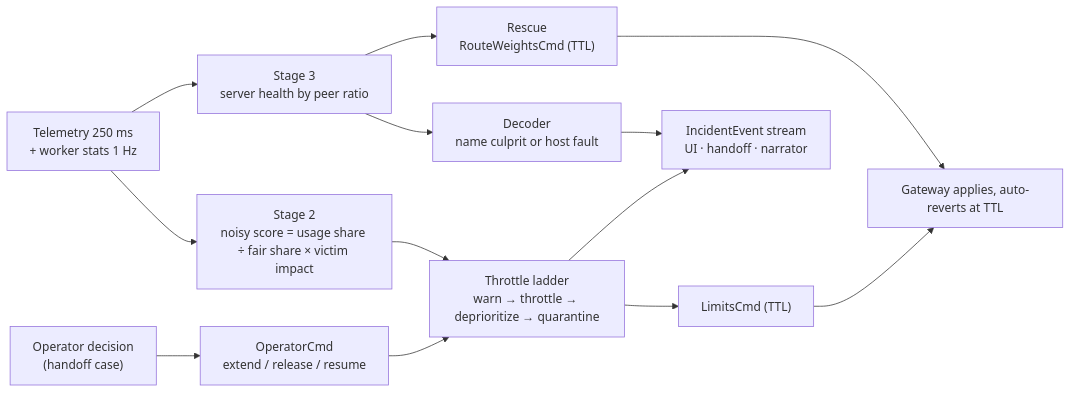
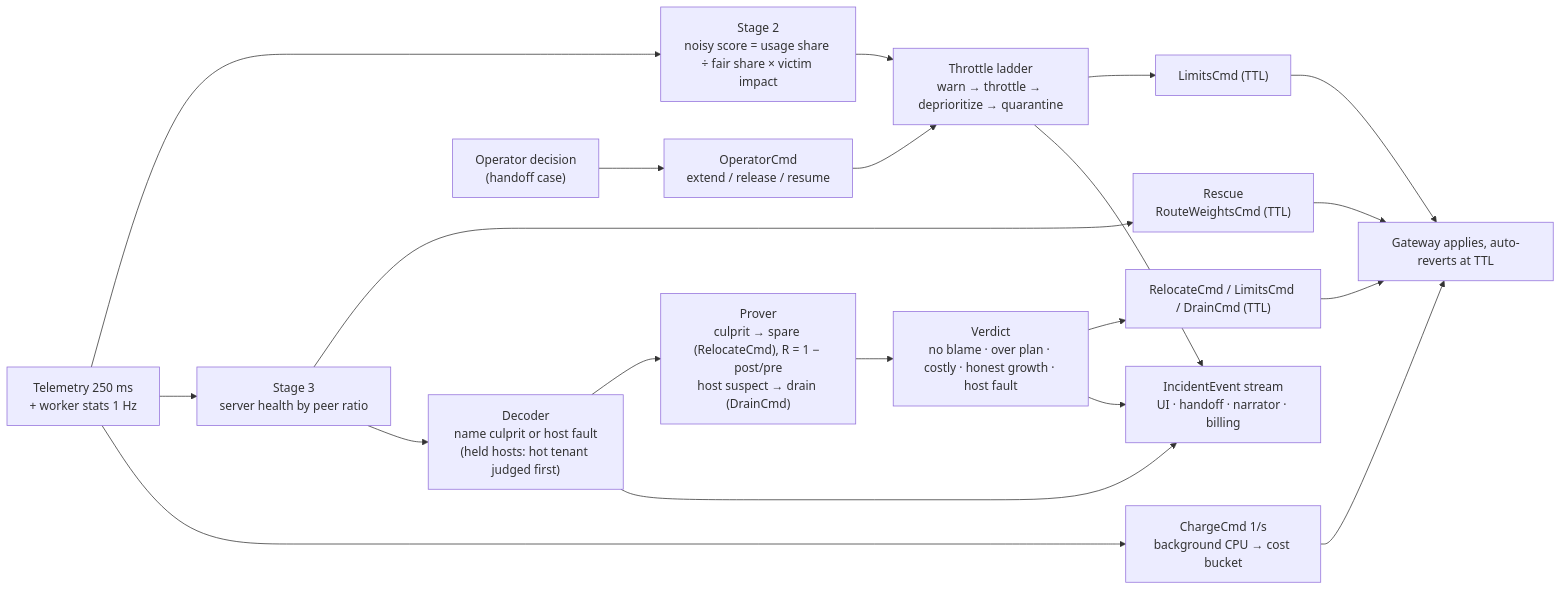
One commit to yashodeepchaudhari/tenantguard changed the fourth of 5 diagrams in prototype-docs/02_ARCHITECTURE.md. Above: the diagram before and after it, drawn with Mermaid. The commit also changed other lines of this file and 23 other files, not shown here.

Commit message:
Prototype docs: catalogs, sequences, config, risks and testing describe the final master; new billing catalog

````diff
--- a/prototype-docs/02_ARCHITECTURE.md
+++ b/prototype-docs/02_ARCHITECTURE.md
@@ -110,12 +113,16 @@
 ```mermaid
 flowchart LR
   T["Telemetry 250 ms<br/>+ worker stats 1 Hz"] --> S2["Stage 2<br/>noisy score = usage share ÷ fair share × victim impact"]
   T --> S3["Stage 3<br/>server health by peer ratio"]
   S3 --> RES["Rescue<br/>RouteWeightsCmd (TTL)"]
-  S3 --> DEC["Decoder<br/>name culprit or host fault"]
+  S3 --> DEC["Decoder<br/>name culprit or host fault<br/>(held hosts: hot tenant judged first)"]
+  DEC --> PRV["Prover<br/>culprit → spare (RelocateCmd), R = 1 − post/pre<br/>host suspect → drain (DrainCmd)"]
+  PRV --> VER["Verdict<br/>no blame · over plan · costly · honest growth · host fault"]
   S2 --> LAD["Throttle ladder<br/>warn → throttle → deprioritize → quarantine"]
   LAD --> LIM["LimitsCmd (TTL)"]
-  RES & LIM --> GW["Gateway applies, auto-reverts at TTL"]
-  DEC & LAD --> EV["IncidentEvent stream<br/>UI · handoff · narrator"]
+  VER --> ACT["RelocateCmd / LimitsCmd / DrainCmd (TTL)"]
+  T --> CH["ChargeCmd 1/s<br/>background CPU → cost bucket"]
+  RES & LIM & ACT & CH --> GW["Gateway applies, auto-reverts at TTL"]
+  DEC & LAD & VER --> EV["IncidentEvent stream<br/>UI · handoff · narrator · billing"]
   OP["Operator decision<br/>(handoff case)"] --> HOLD["OperatorCmd<br/>extend / release / resume"] --> LAD
 ```
````
